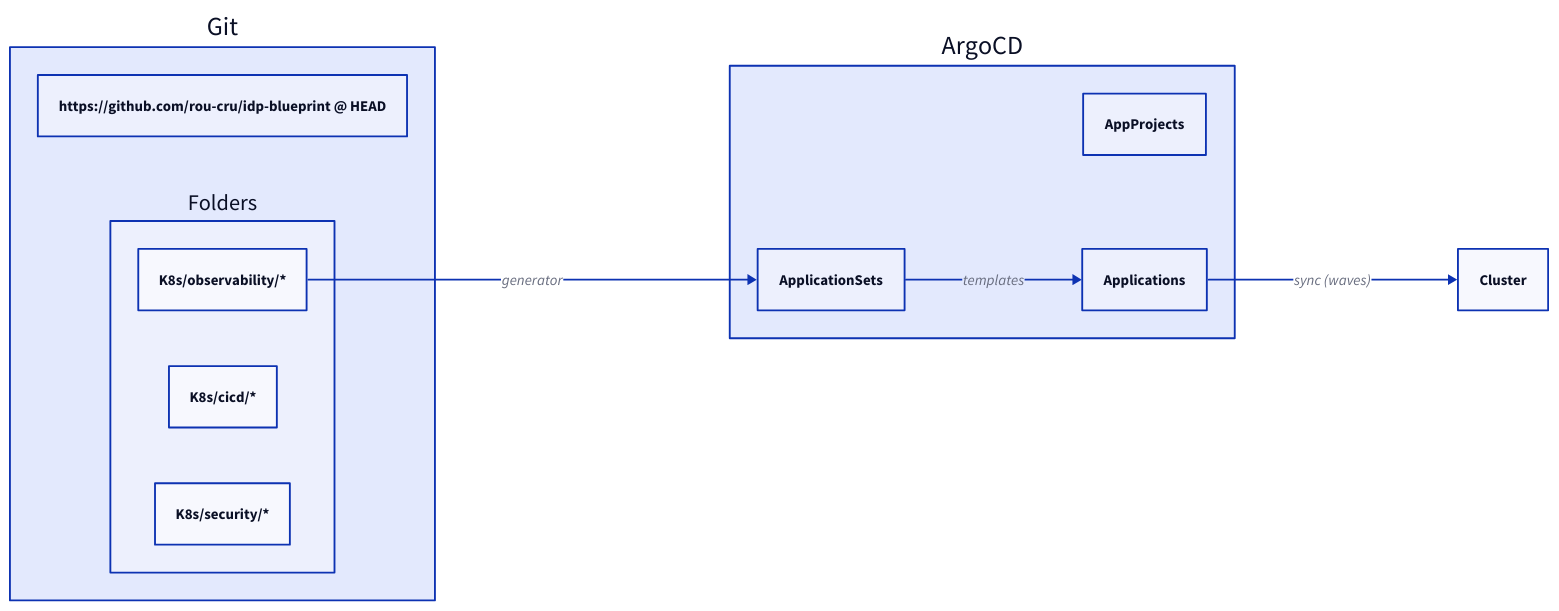
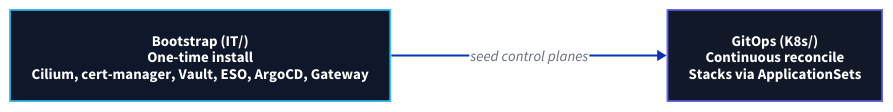
The first of 3 diagrams in Docs/concepts/gitops-model.md (rou-cru/idp-blueprint), drawn with D2 before and after one commit. The commit also changed other lines of this file and 22 other files, not shown here.

````diff
--- a/Docs/concepts/gitops-model.md
+++ b/Docs/concepts/gitops-model.md
@@ -25,22 +12,11 @@
 ```d2
 direction: right
 
-Git: {
-  Repo: "https://github.com/rou-cru/idp-blueprint @ HEAD"
-  Folders: {
-    Obs: "K8s/observability/*"
-    Cicd: "K8s/cicd/*"
-    Sec: "K8s/security/*"
-  }
-}
+classes: { infra: { style.fill: "#0f172a"; style.stroke: "#38bdf8"; style.font-color: white }
+           gitops: { style.fill: "#111827"; style.stroke: "#6366f1"; style.font-color: white } }
 
-ArgoCD: {
-  AppProjects
-  ApplicationSets
-  Applications
-}
+IT: { class: infra; label: "Bootstrap (IT/)\nOne-time install\nCilium, cert-manager, Vault, ESO, ArgoCD, Gateway" }
+GitOps: { class: gitops; label: "GitOps (K8s/)\nContinuous reconcile\nStacks via ApplicationSets" }
 
-Git.Folders.Obs -> ArgoCD.ApplicationSets: "generator"
-ArgoCD.ApplicationSets -> ArgoCD.Applications: "templates"
-ArgoCD.Applications -> Cluster: "sync (waves)"
+IT -> GitOps: "seed control planes"
 ```
````
